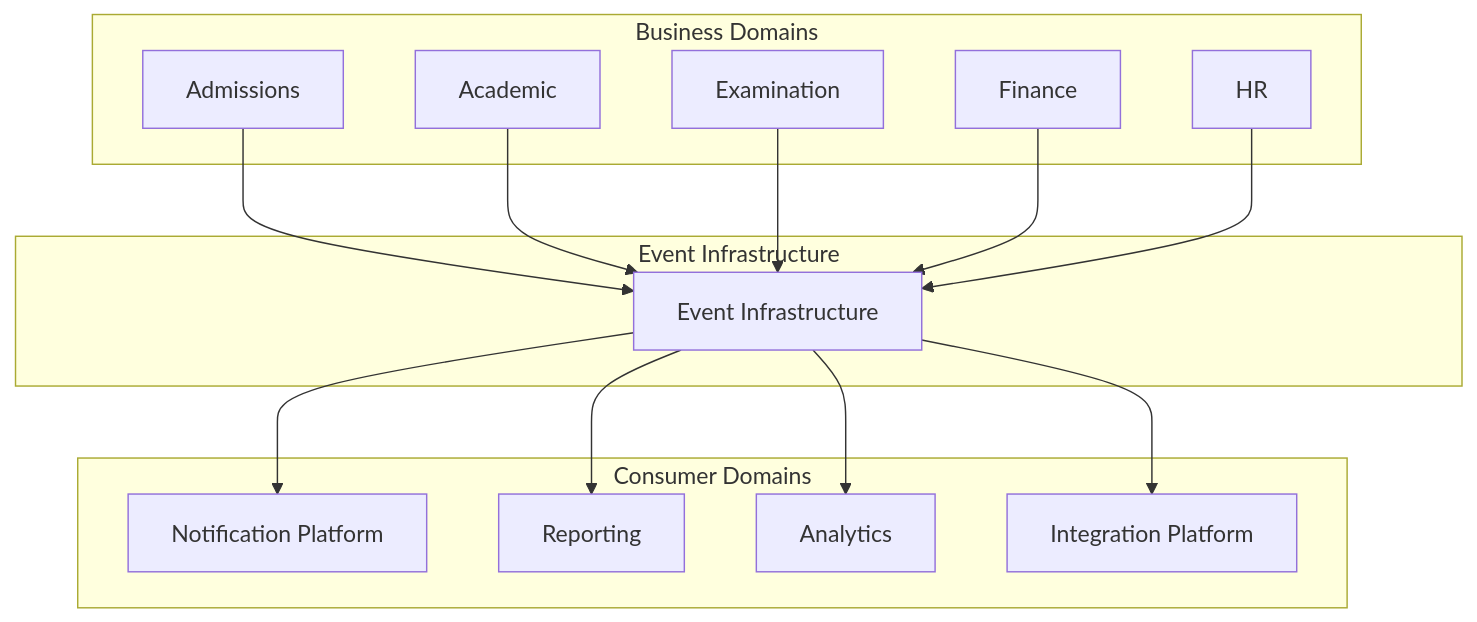
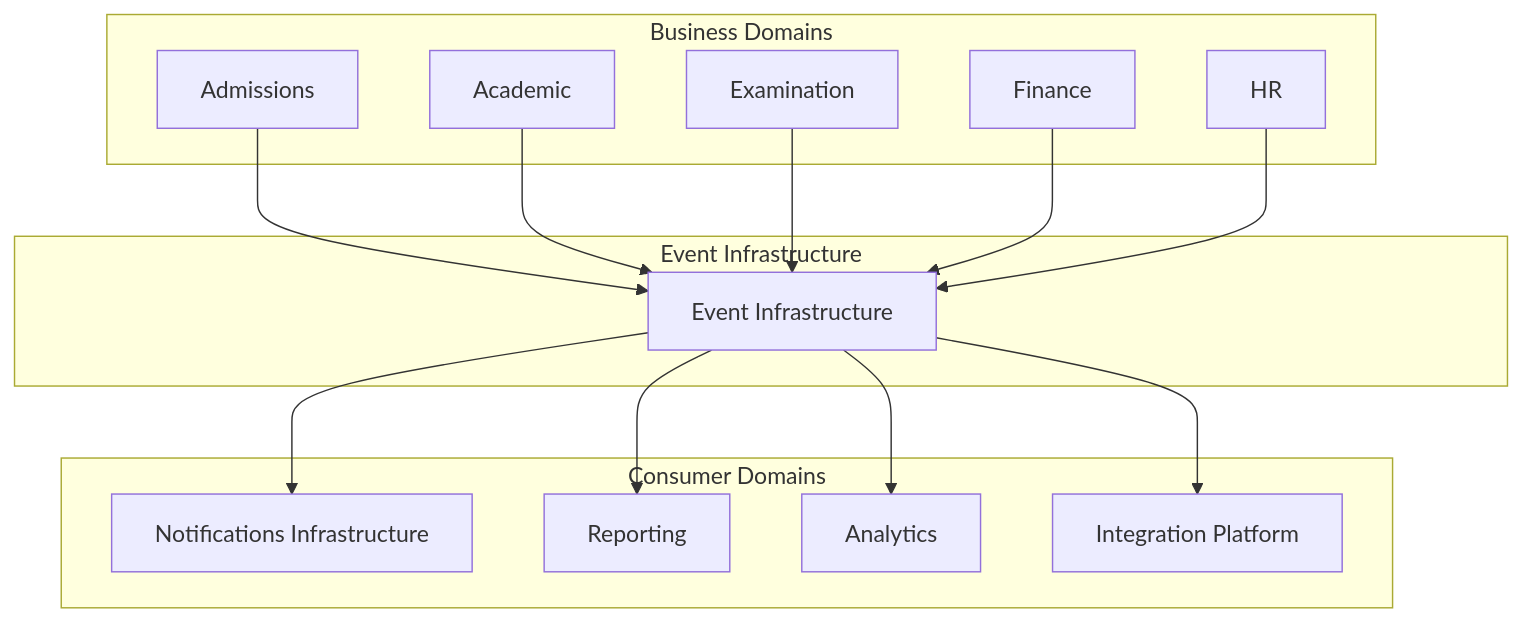
The tenth of 11 diagrams in architecture/L2_Domain_Workflow_Architecture/section-a/L2-A06_Event_Infrastructure_Workflows.md (Varad1604/ERP_hark), drawn with Mermaid before and after one commit. The commit also changed other lines of this file and 96 other files, not shown here.

````diff
--- a/architecture/L2_Domain_Workflow_Architecture/section-a/L2-A06_Event_Infrastructure_Workflows.md
+++ b/architecture/L2_Domain_Workflow_Architecture/section-a/L2-A06_Event_Infrastructure_Workflows.md
@@ -4470,32 +4470,32 @@
 ```mermaid
 flowchart TD
 
 subgraph BusinessDomains["Business Domains"]
     BD1[Admissions]
     BD2[Academic]
     BD3[Examination]
     BD4[Finance]
     BD5[HR]
 end
 
 subgraph Platform["Event Infrastructure"]
     EI[Event Infrastructure]
 end
 
 subgraph Consumers["Consumer Domains"]
-    N[Notification Platform]
+    N[Notifications Infrastructure]
     R[Reporting]
     A[Analytics]
     I[Integration Platform]
 end
 
 BD1 --> EI
 BD2 --> EI
 BD3 --> EI
 BD4 --> EI
 BD5 --> EI
 EI --> N
 EI --> R
 EI --> A
 EI --> I
 ```
````
